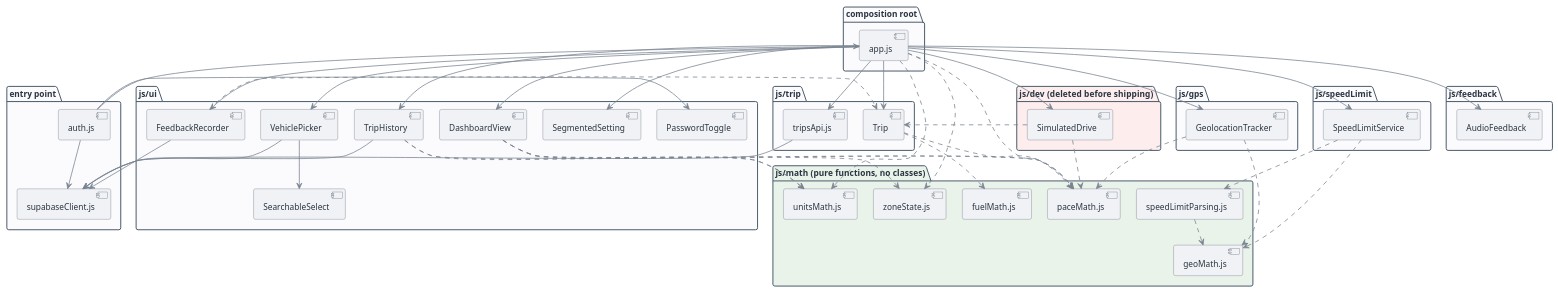
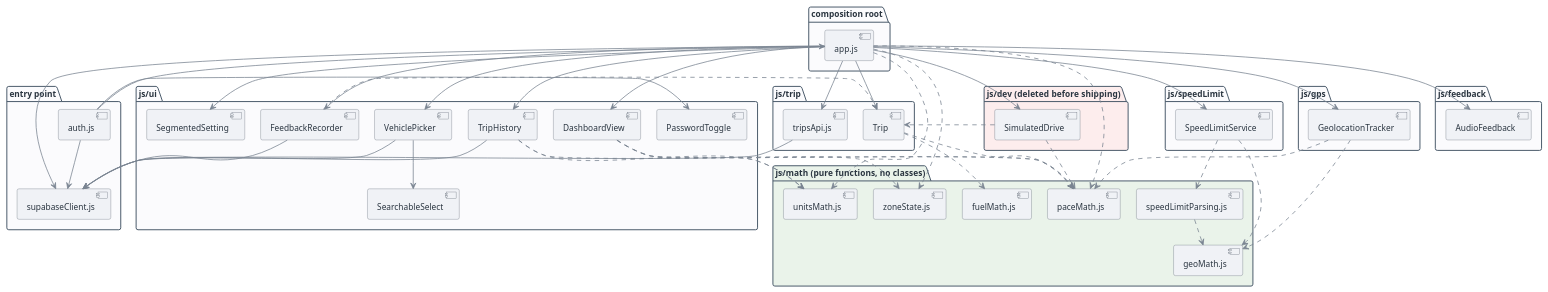
The diagram in docs/diagrams/package-diagram.puml (ysfrknzydn/paceometer-app), drawn with PlantUML before and after one commit. The commit also changed 18 other files, not shown here.

```diff
--- a/docs/diagrams/package-diagram.puml
+++ b/docs/diagrams/package-diagram.puml
@@ -1,114 +1,115 @@
 @startuml
 skinparam shadowing false
 skinparam roundCorner 6
 skinparam defaultFontName Helvetica
 skinparam defaultFontSize 13
 skinparam nodesep 25
 skinparam ranksep 40
 
 skinparam package {
   BorderColor #445566
   FontStyle bold
   FontColor #2A3540
   BackgroundColor #FBFBFD
 }
 skinparam component {
   BorderColor #5B6470
   BackgroundColor #F0F2F6
   FontColor #2A3540
 }
 skinparam arrow {
   Color #7A8492
   Thickness 1.2
 }
 
 package "entry point" as entry {
   [auth.js] as auth
   [supabaseClient.js] as supa
 }
 
 package "composition root" as root {
   [app.js] as appjs
 }
 
 package "js/gps" as gpsPkg {
   [GeolocationTracker] as geoTracker
 }
 
 package "js/speedLimit" as slPkg {
   [SpeedLimitService] as sls
 }
 
 package "js/trip" as tripPkg {
   [Trip] as tripClass
   [tripsApi.js] as tripsApi
 }
 
 package "js/ui" as uiPkg {
   [DashboardView] as dashboardView
   [SegmentedSetting] as segmentedSetting
   [VehiclePicker] as vehiclePicker
   [SearchableSelect] as searchableSelect
   [PasswordToggle] as passwordToggle
   [TripHistory] as tripHistory
   [FeedbackRecorder] as feedbackRecorder
 }
 
 package "js/feedback" as fbPkg {
   [AudioFeedback] as audioFeedback
 }
 
 package "js/dev  (deleted before shipping)" as devPkg #FDEDED {
   [SimulatedDrive] as simulatedDrive
 }
 
 package "js/math  (pure functions, no classes)" as mathPkg #EAF3EA {
   [paceMath.js] as paceMath
   [zoneState.js] as zoneState
   [geoMath.js] as geoMath
   [speedLimitParsing.js] as slParsing
   [fuelMath.js] as fuelMath
   [unitsMath.js] as unitsMath
 }
 
 auth --> appjs
 auth --> supa
 auth --> passwordToggle
 tripsApi --> supa
 vehiclePicker --> supa
 tripHistory --> supa
 feedbackRecorder --> supa
 
 appjs --> geoTracker
 appjs --> sls
 appjs --> tripClass
 appjs --> tripsApi
+appjs --> supa
 appjs --> dashboardView
 appjs --> segmentedSetting
 appjs --> vehiclePicker
 vehiclePicker --> searchableSelect
 appjs --> audioFeedback
 appjs --> simulatedDrive
 appjs --> tripHistory
 appjs --> feedbackRecorder
 feedbackRecorder ..> tripClass
 appjs ..> paceMath
 appjs ..> zoneState
 
 geoTracker ..> geoMath
 geoTracker ..> paceMath
 sls ..> geoMath
 sls ..> slParsing
 slParsing ..> geoMath
 tripClass ..> paceMath
 tripClass ..> fuelMath
 dashboardView ..> zoneState
 dashboardView ..> paceMath
 simulatedDrive ..> paceMath
 simulatedDrive ..> tripClass
 tripHistory ..> paceMath
 dashboardView ..> unitsMath
 tripHistory ..> unitsMath
 appjs ..> unitsMath
 
 @enduml
```
